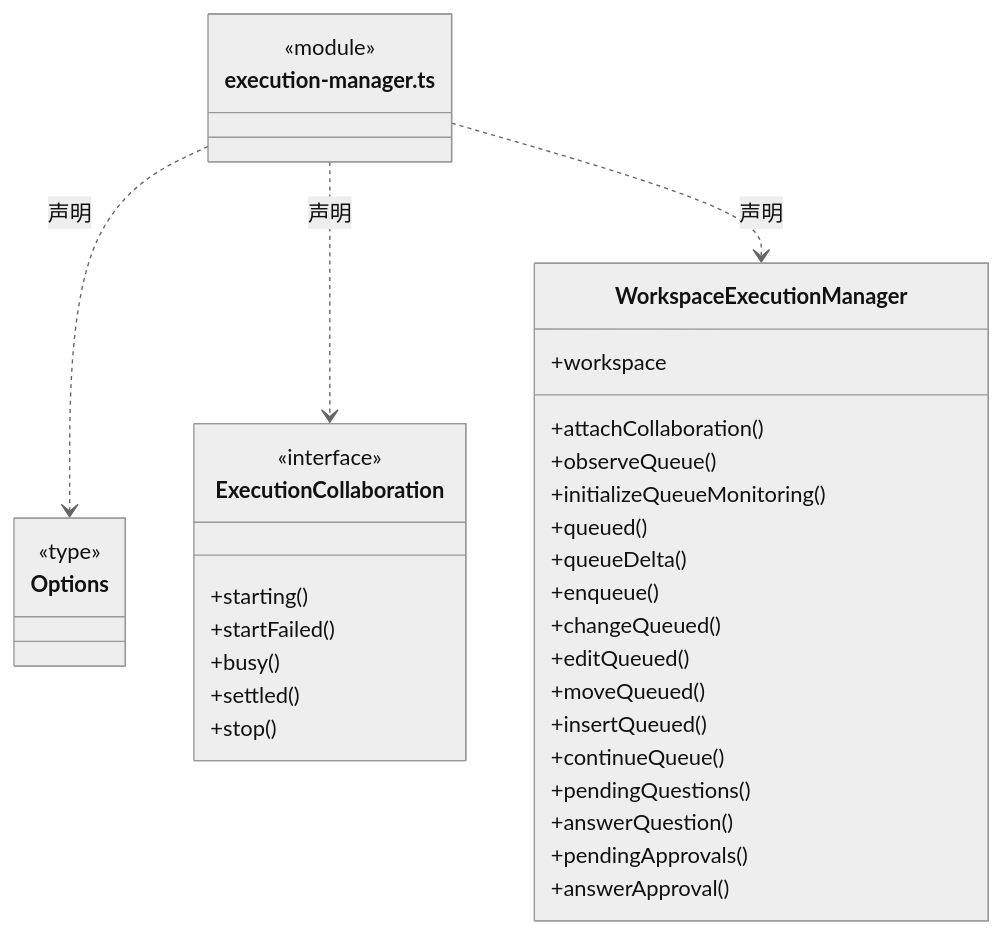
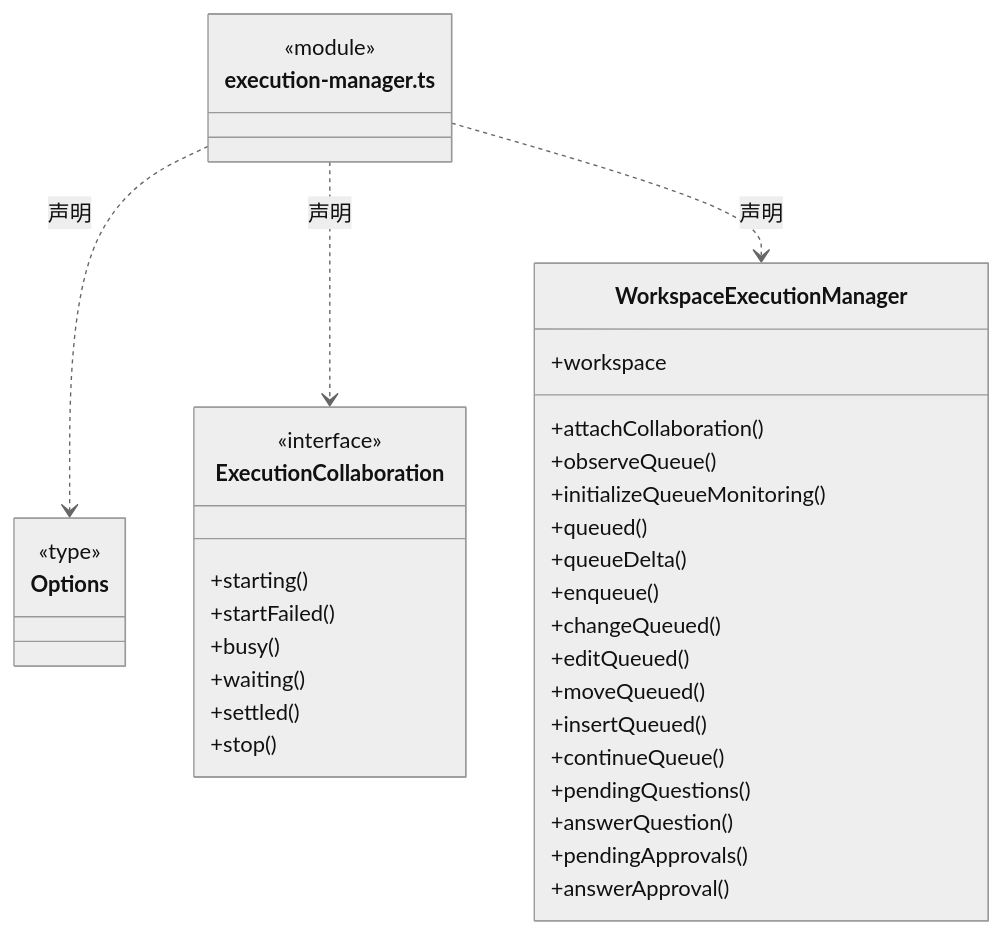
The sixth of 28 diagrams in src/backend/scheduler-engine/execution/ARCHITECTURE.md (nan023062/cbim), drawn with Mermaid (neutral theme) before and after one commit. The commit also changed other lines of this file and 49 other files, not shown here.

````diff
--- a/src/backend/scheduler-engine/execution/ARCHITECTURE.md
+++ b/src/backend/scheduler-engine/execution/ARCHITECTURE.md
@@ -191,39 +196,40 @@
 ```mermaid
 classDiagram
 class N_src_backend_scheduler_engine_execution_execution_manager_ts["execution-manager.ts"] {
   <<module>>
 }
 class N_src_backend_scheduler_engine_execution_execution_manager_ts_Options["Options"] {
   <<type>>
 
 }
 N_src_backend_scheduler_engine_execution_execution_manager_ts ..> N_src_backend_scheduler_engine_execution_execution_manager_ts_Options : 声明
 class N_src_backend_scheduler_engine_execution_execution_manager_ts_ExecutionCollaboration["ExecutionCollaboration"] {
   <<interface>>
   +starting()
   +startFailed()
   +busy()
+  +waiting()
   +settled()
   +stop()
 }
 N_src_backend_scheduler_engine_execution_execution_manager_ts ..> N_src_backend_scheduler_engine_execution_execution_manager_ts_ExecutionCollaboration : 声明
 class N_src_backend_scheduler_engine_execution_execution_manager_ts_WorkspaceExecutionManager["WorkspaceExecutionManager"] {
   +workspace
   +attachCollaboration()
   +observeQueue()
   +initializeQueueMonitoring()
   +queued()
   +queueDelta()
   +enqueue()
   +changeQueued()
   +editQueued()
   +moveQueued()
   +insertQueued()
   +continueQueue()
   +pendingQuestions()
   +answerQuestion()
   +pendingApprovals()
   +answerApproval()
 }
 N_src_backend_scheduler_engine_execution_execution_manager_ts ..> N_src_backend_scheduler_engine_execution_execution_manager_ts_WorkspaceExecutionManager : 声明
 ```
````
